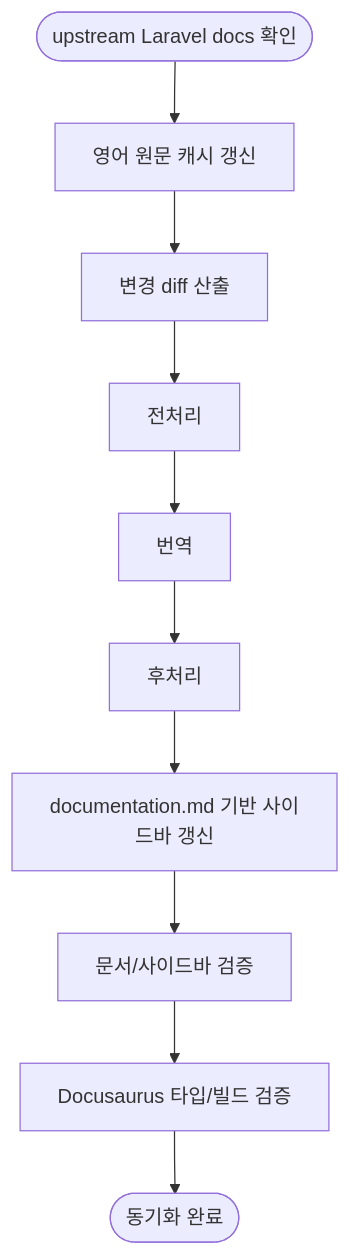
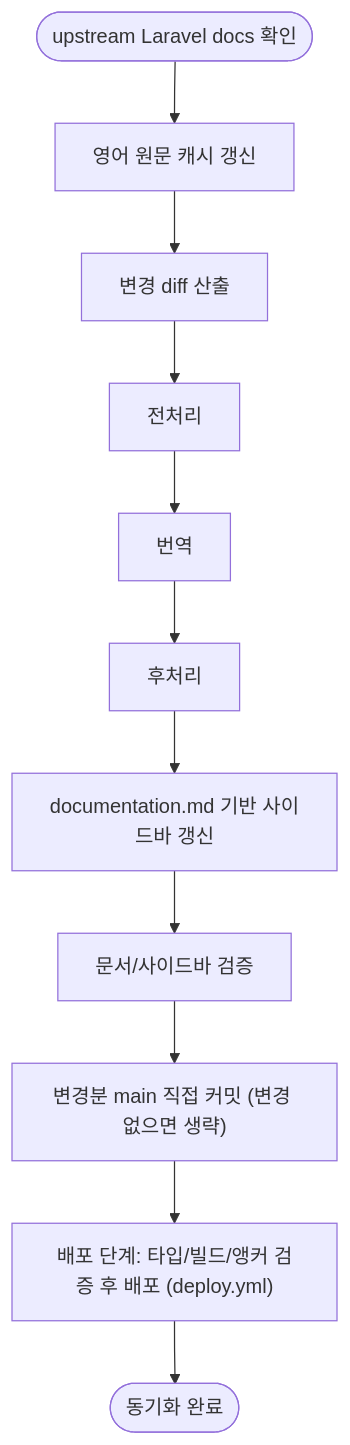
Before and after one commit to letsescape/laravel-docs: the diagram in translation-sync/docs/05-additional-work.md, drawn with Mermaid. The commit also changed other lines of this file and 1 other file, not shown here.

First line of the commit message:
docs(translation-sync): define main-commit delivery stage

````diff
--- a/translation-sync/docs/05-additional-work.md
+++ b/translation-sync/docs/05-additional-work.md
@@ -19,12 +19,13 @@
 ```mermaid
 flowchart TD
     A([upstream Laravel docs 확인]) --> B["영어 원문 캐시 갱신"]
     B --> C["변경 diff 산출"]
     C --> D["전처리"]
     D --> E["번역"]
     E --> F["후처리"]
     F --> G["documentation.md 기반 사이드바 갱신"]
     G --> H["문서/사이드바 검증"]
-    H --> I["Docusaurus 타입/빌드 검증"]
-    I --> Z([동기화 완료])
+    H --> J["변경분 main 직접 커밋 (변경 없으면 생략)"]
+    J --> K["배포 단계: 타입/빌드/앵커 검증 후 배포 (deploy.yml)"]
+    K --> Z([동기화 완료])
 ```
````
